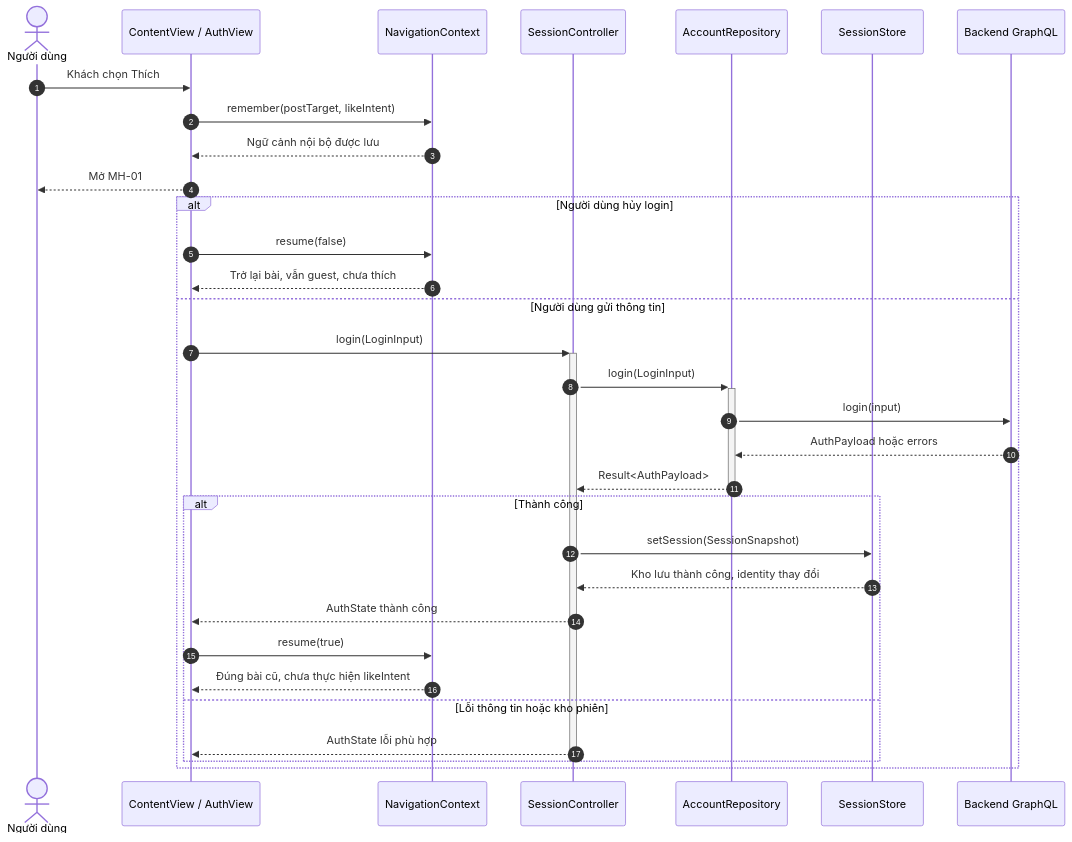
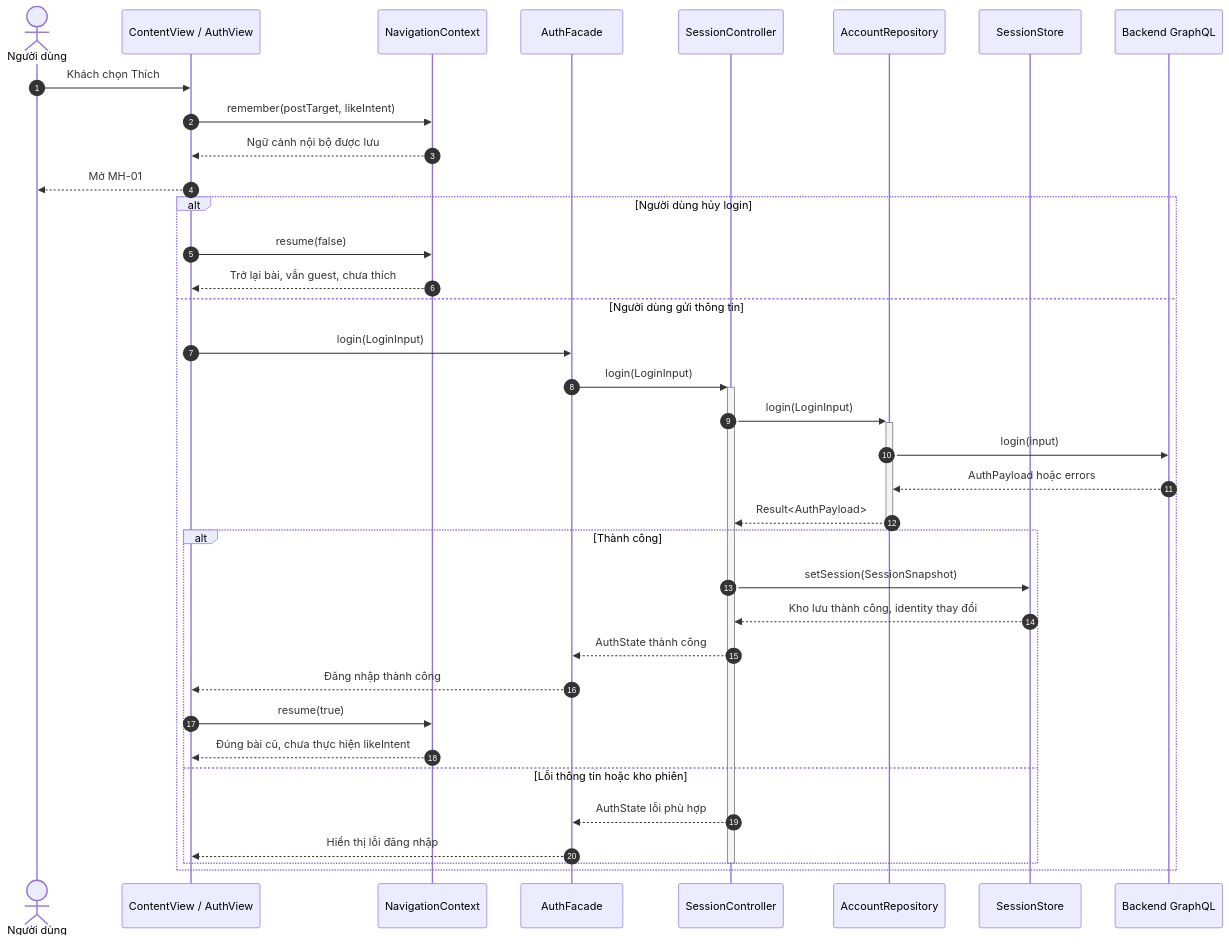
The first of 12 diagrams in docs/thiet_ke/6.2-A_sequence_frontend.md (anqp5002/ToMateTo), drawn with Mermaid before and after one commit. The commit also changed other lines of this file and 1 other file, not shown here.

First line of the commit message:
docs(fe): xử lý góp ý class và sequence S5

````diff
--- a/docs/thiet_ke/6.2-A_sequence_frontend.md
+++ b/docs/thiet_ke/6.2-A_sequence_frontend.md
@@ -41,35 +43,39 @@
 ```mermaid
 sequenceDiagram
     autonumber
     actor U as Người dùng
     participant V as ContentView / AuthView
     participant N as NavigationContext
+    participant F as AuthFacade
     participant C as SessionController
     participant R as AccountRepository
     participant S as SessionStore
     participant BE as Backend GraphQL
     U->>V: Khách chọn Thích
     V->>N: remember(postTarget, likeIntent)
     N-->>V: Ngữ cảnh nội bộ được lưu
     V-->>U: Mở MH-01
     alt Người dùng hủy login
      V->>N: resume(false)
      N-->>V: Trở lại bài, vẫn guest, chưa thích
     else Người dùng gửi thông tin
-     V->>+C: login(LoginInput)
+     V->>F: login(LoginInput)
+     F->>+C: login(LoginInput)
      C->>+R: login(LoginInput)
      R->>BE: login(input)
      BE-->>R: AuthPayload hoặc errors
      R-->>-C: Result<AuthPayload>
      alt Thành công
       C->>S: setSession(SessionSnapshot)
       S-->>C: Kho lưu thành công, identity thay đổi
-      C-->>V: AuthState thành công
+      C-->>F: AuthState thành công
+      F-->>V: Đăng nhập thành công
       V->>N: resume(true)
       N-->>V: Đúng bài cũ, chưa thực hiện likeIntent
      else Lỗi thông tin hoặc kho phiên
-      C-->>V: AuthState lỗi phù hợp
+      C-->>F: AuthState lỗi phù hợp
+      F-->>V: Hiển thị lỗi đăng nhập
      end
      deactivate C
     end
 ```
````
